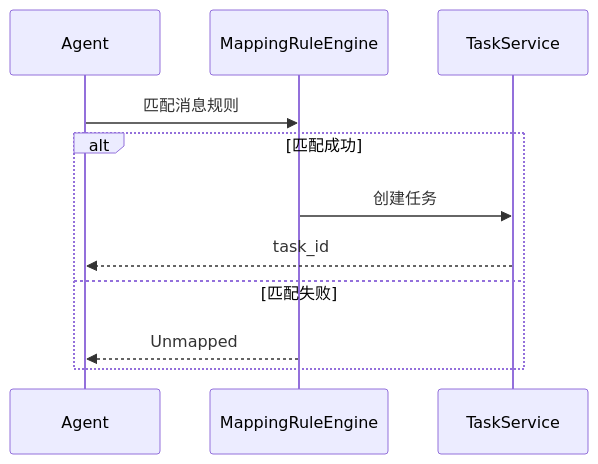
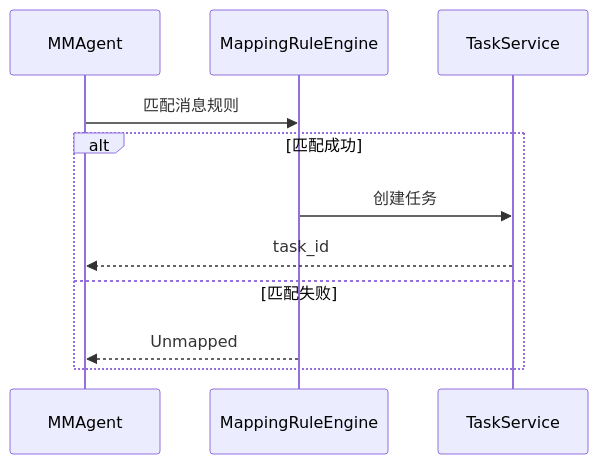
Before and after one commit to xyz11274/agentf: diagram 13 of 17 in docs/REQUIREMENTS_ANALYSIS.md, drawn with Mermaid. The commit also changed other lines of this file and 106 other files, not shown here.

````diff
--- a/docs/REQUIREMENTS_ANALYSIS.md
+++ b/docs/REQUIREMENTS_ANALYSIS.md
@@ -386,13 +386,13 @@
 ```mermaid
 sequenceDiagram
-    participant Agent as Agent
+    participant MMAgent as MMAgent
     participant Rule as MappingRuleEngine
     participant Task as TaskService
-    Agent->>Rule: 匹配消息规则
+    MMAgent->>Rule: 匹配消息规则
     alt 匹配成功
         Rule->>Task: 创建任务
-        Task-->>Agent: task_id
+        Task-->>MMAgent: task_id
     else 匹配失败
-        Rule-->>Agent: Unmapped
+        Rule-->>MMAgent: Unmapped
     end
 ```
````
